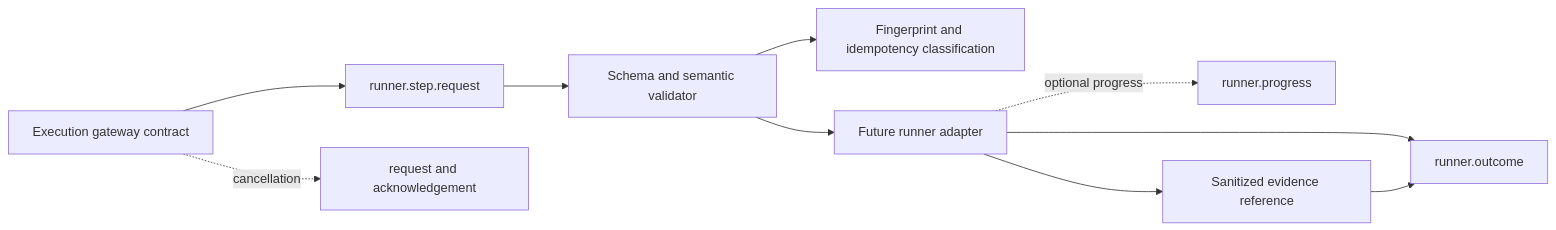
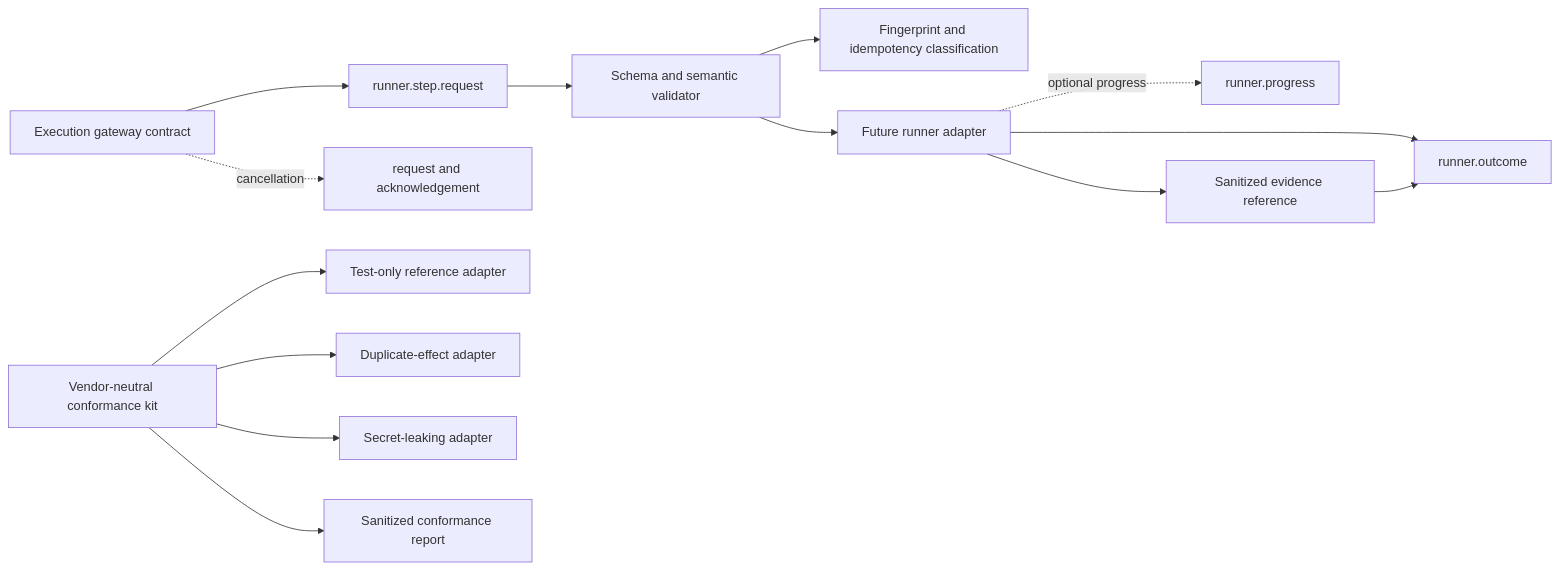
The second of 2 diagrams in docs/roadmap/epics/EPIC-05-runner-protocol-v2.md (pestoura/hermes-security-labs), drawn with Mermaid before and after one commit. The commit also changed other lines of this file and 4 other files, not shown here.

Commit message:
docs(epic-05): record conformance kit as-built

````diff
--- a/docs/roadmap/epics/EPIC-05-runner-protocol-v2.md
+++ b/docs/roadmap/epics/EPIC-05-runner-protocol-v2.md
@@ -270,12 +275,16 @@
 ```mermaid
 flowchart LR
   GW[Execution gateway contract] --> REQ[runner.step.request]
   REQ --> VAL[Schema and semantic validator]
   VAL --> IDEM[Fingerprint and idempotency classification]
   VAL --> RUN[Future runner adapter]
   RUN -. optional progress .-> PROG[runner.progress]
   GW -. cancellation .-> CANCEL[request and acknowledgement]
   RUN --> EV[Sanitized evidence reference]
   RUN --> OUT[runner.outcome]
   EV --> OUT
+  KIT[Vendor-neutral conformance kit] --> REF[Test-only reference adapter]
+  KIT --> BAD1[Duplicate-effect adapter]
+  KIT --> BAD2[Secret-leaking adapter]
+  KIT --> REPORT[Sanitized conformance report]
 ```
````
